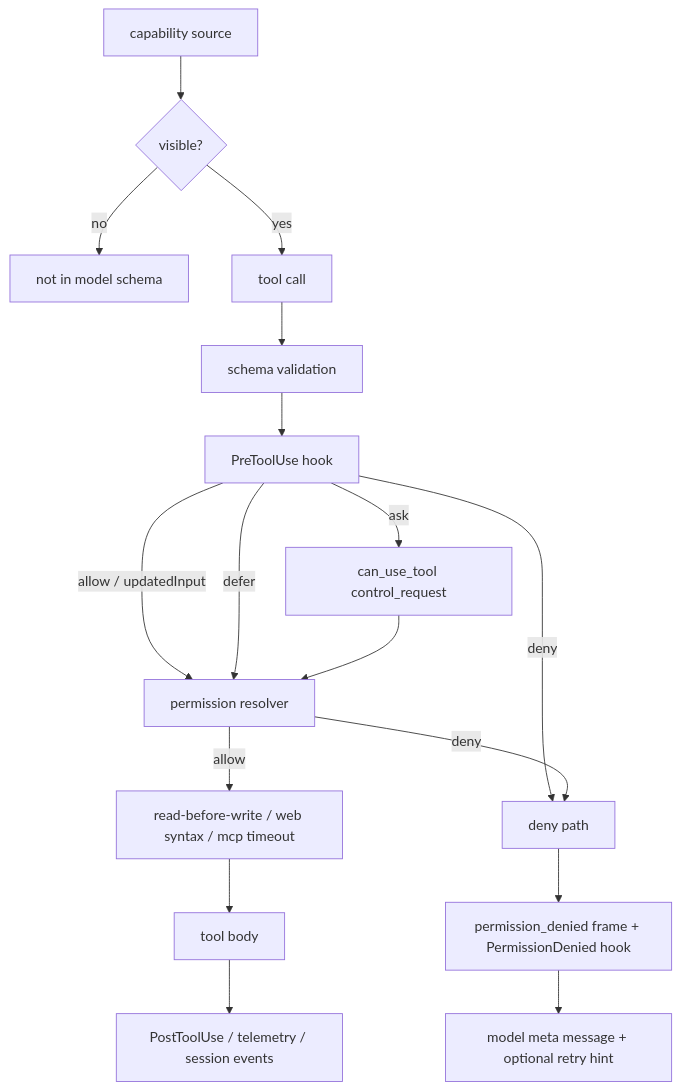
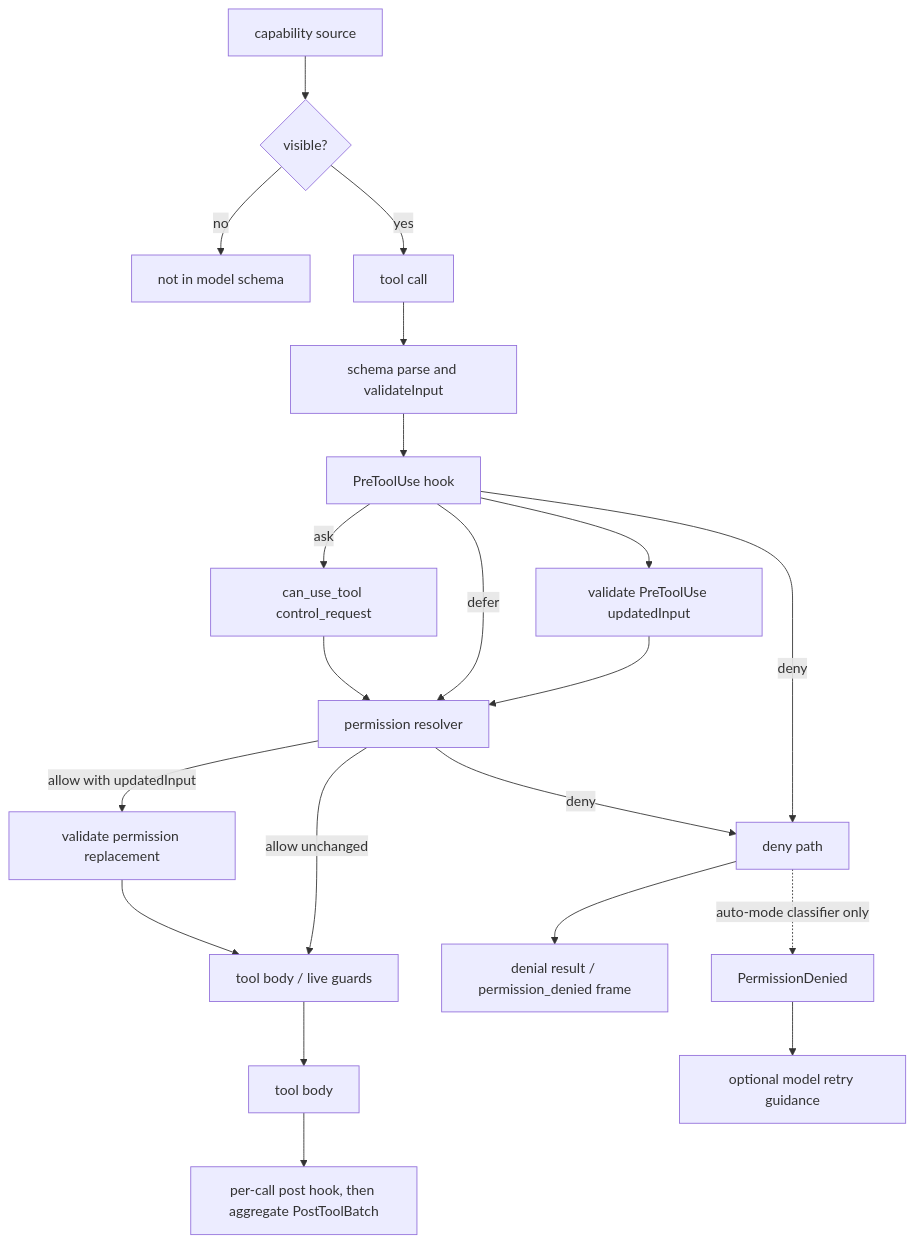
One commit to vibewatch/claude-code-internals changed the second of 2 diagrams in docs/03-tools-integrations-security/architecture.md. Above: the diagram before and after it, drawn with Mermaid. The commit also changed other lines of this file and 46 other files, not shown here.

````diff
--- a/docs/03-tools-integrations-security/architecture.md
+++ b/docs/03-tools-integrations-security/architecture.md
@@ -139,19 +154,23 @@
 ```mermaid
 flowchart TD
     Source[capability source] --> Visible{visible?}
     Visible -->|no| Hidden[not in model schema]
     Visible -->|yes| Call[tool call]
-    Call --> Schema[schema validation]
+    Call --> Schema[schema parse and validateInput]
     Schema --> PreHook[PreToolUse hook]
-    PreHook -->|allow / updatedInput| Decision[permission resolver]
+    PreHook --> HookCheck[validate PreToolUse updatedInput]
+    HookCheck --> Decision[permission resolver]
     PreHook -->|deny| Block[deny path]
     PreHook -->|ask| Host[can_use_tool control_request]
     PreHook -->|defer| Decision
     Host --> Decision
-    Decision -->|allow| Guards[read-before-write / web syntax / mcp timeout]
+    Decision -->|allow with updatedInput| FinalCheck[validate permission replacement]
+    Decision -->|allow unchanged| Guards[tool body / live guards]
+    FinalCheck --> Guards
     Decision -->|deny| Block
     Guards --> Run[tool body]
-    Run --> Events[PostToolUse / telemetry / session events]
-    Block --> Frame[permission_denied frame + PermissionDenied hook]
-    Frame --> ModelMeta[model meta message + optional retry hint]
+    Run --> Events[per-call post hook, then aggregate PostToolBatch]
+    Block --> Frame[denial result / permission_denied frame]
+    Block -. auto-mode classifier only .-> DeniedHook[PermissionDenied]
+    DeniedHook --> ModelMeta[optional model retry guidance]
 ```
````
